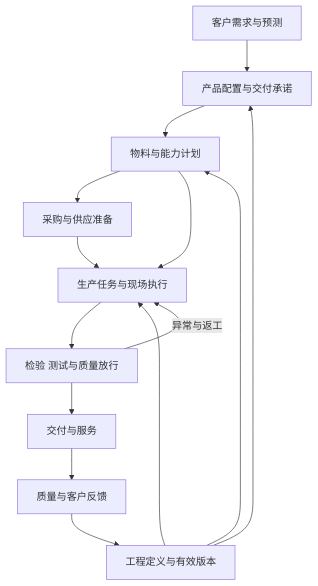
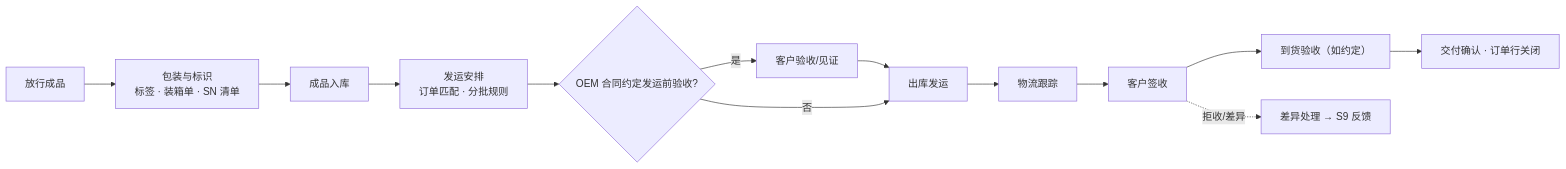
Diagram 13 of 16 in docs/manufacturing-system-handbook.md (ink-hz/AI-Manufacturing-Platform), drawn with Mermaid before and after one commit. The commit also changed other lines of this file, not shown here.

````diff
--- a/docs/manufacturing-system-handbook.md
+++ b/docs/manufacturing-system-handbook.md
@@ -21,16 +576,12 @@
 ```mermaid
-flowchart TD
-    D[客户需求与预测] --> O[产品配置与交付承诺]
-    E[工程定义与有效版本] --> O
-    O --> P[物料与能力计划]
-    E --> P
-    P --> S[采购与供应准备]
-    P --> W[生产任务与现场执行]
-    S --> W
-    E --> W
-    W --> Q[检验 测试与质量放行]
-    Q --> L[交付与服务]
-    L --> F[质量与客户反馈]
-    F --> E
-    Q -->|异常与返工| W
+flowchart LR
+    A[放行成品] --> B[包装与标识<br/>标签 · 装箱单 · SN 清单]
+    B --> C[成品入库]
+    C --> D[发运安排<br/>订单匹配 · 分批规则]
+    D --> E{OEM 合同约定发运前验收?}
+    E -->|是| F[客户验收/见证] --> G[出库发运]
+    E -->|否| G
+    G --> H[物流跟踪] --> I[客户签收]
+    I --> J[到货验收（如约定）] --> K[交付确认 · 订单行关闭]
+    I -.拒收/差异.-> L[差异处理 → S9 反馈]
 ```
````
